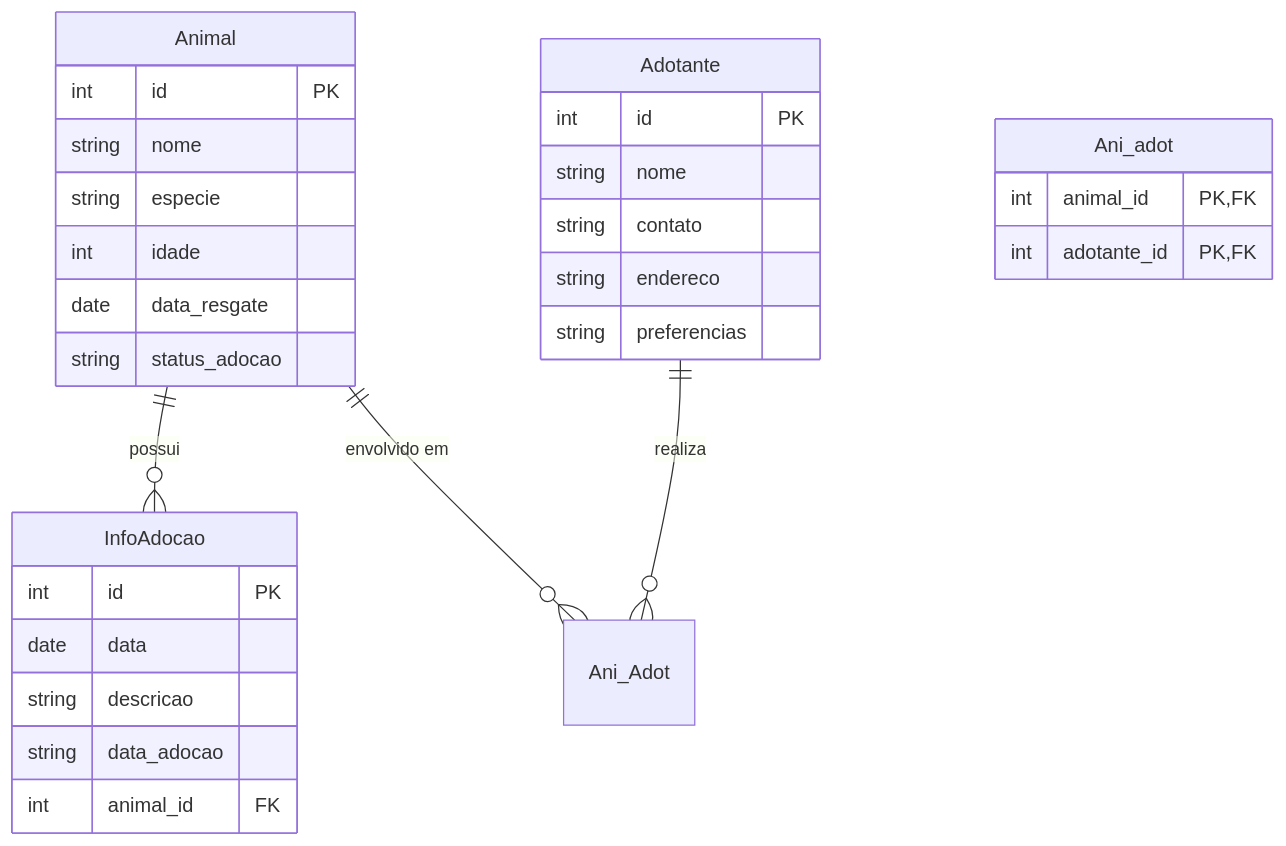
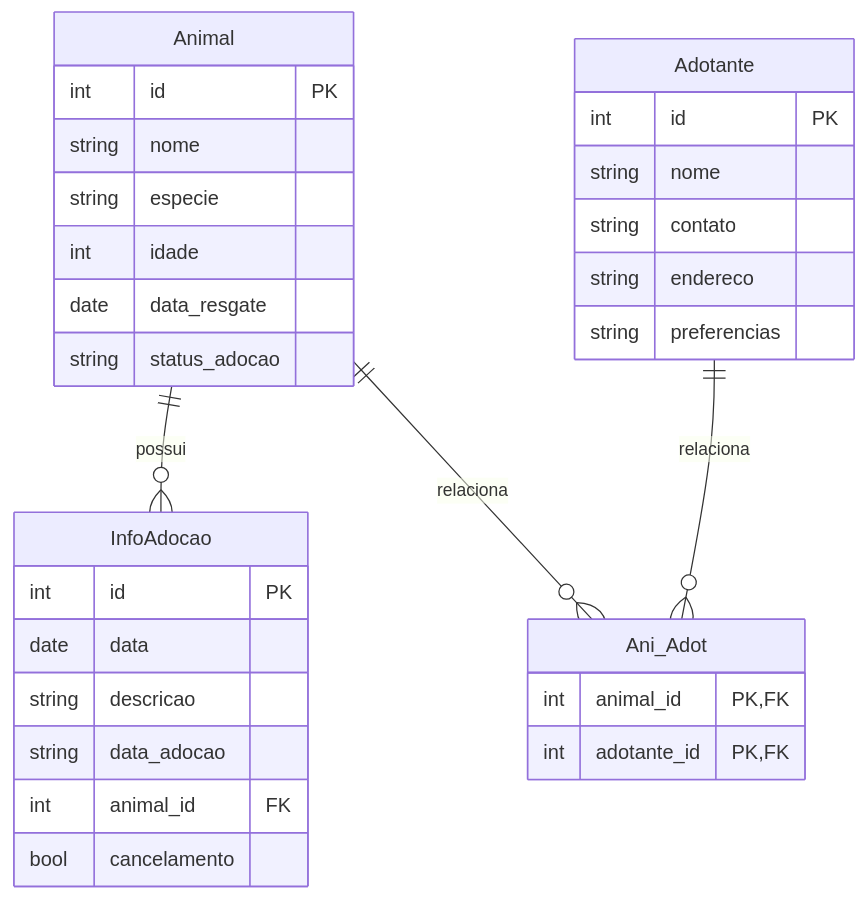
The diagram in README.md (Trixx19/trab2_persistencia2025), drawn with Mermaid before and after one commit.

Commit message:
Update relationships in README.md diagram

````diff
--- a/README.md
+++ b/README.md
@@ -1,34 +1,35 @@
 ```mermaid
 erDiagram
     Animal {
         int id PK
         string nome
         string especie
         int idade
         date data_resgate
         string status_adocao
     }
     InfoAdocao {
         int id PK
         date data
         string descricao
         string data_adocao
         int animal_id FK
+        bool cancelamento
     }
     Adotante {
         int id PK
         string nome
         string contato
         string endereco
         string preferencias
     }
-    Ani_adot {
+    Ani_Adot {
         int animal_id PK, FK
         int adotante_id PK, FK
     }
 
     Animal ||--o{ InfoAdocao : "possui"
-    Animal ||--o{ Ani_Adot : "envolvido em"
-    Adotante ||--o{ Ani_Adot : "realiza"
+    Animal ||--o{ Ani_Adot : "relaciona"
+    Adotante ||--o{ Ani_Adot : "relaciona"
 
 ```
````
